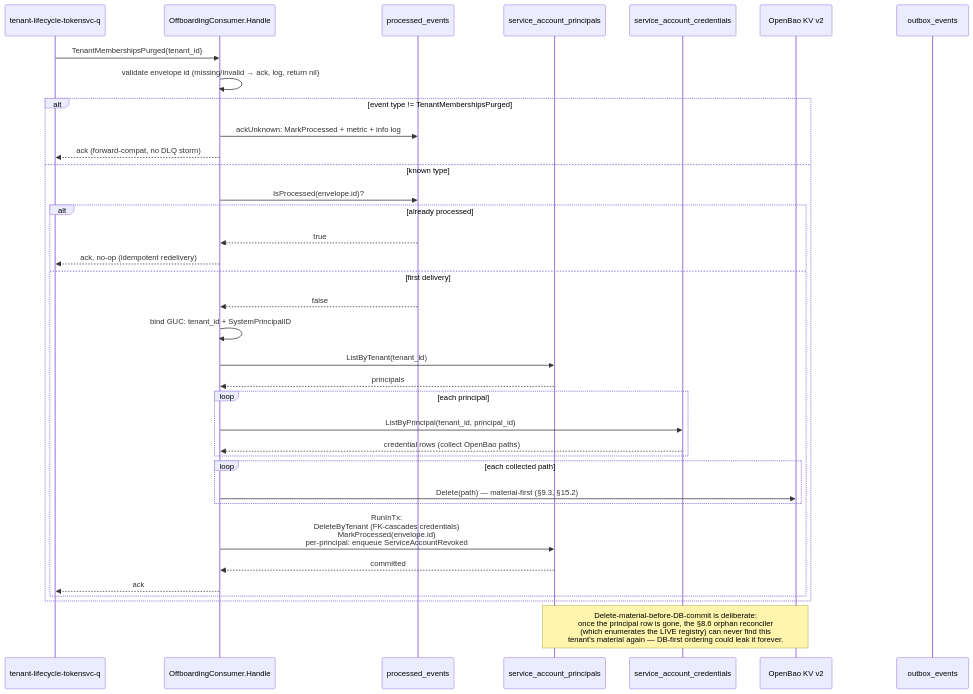
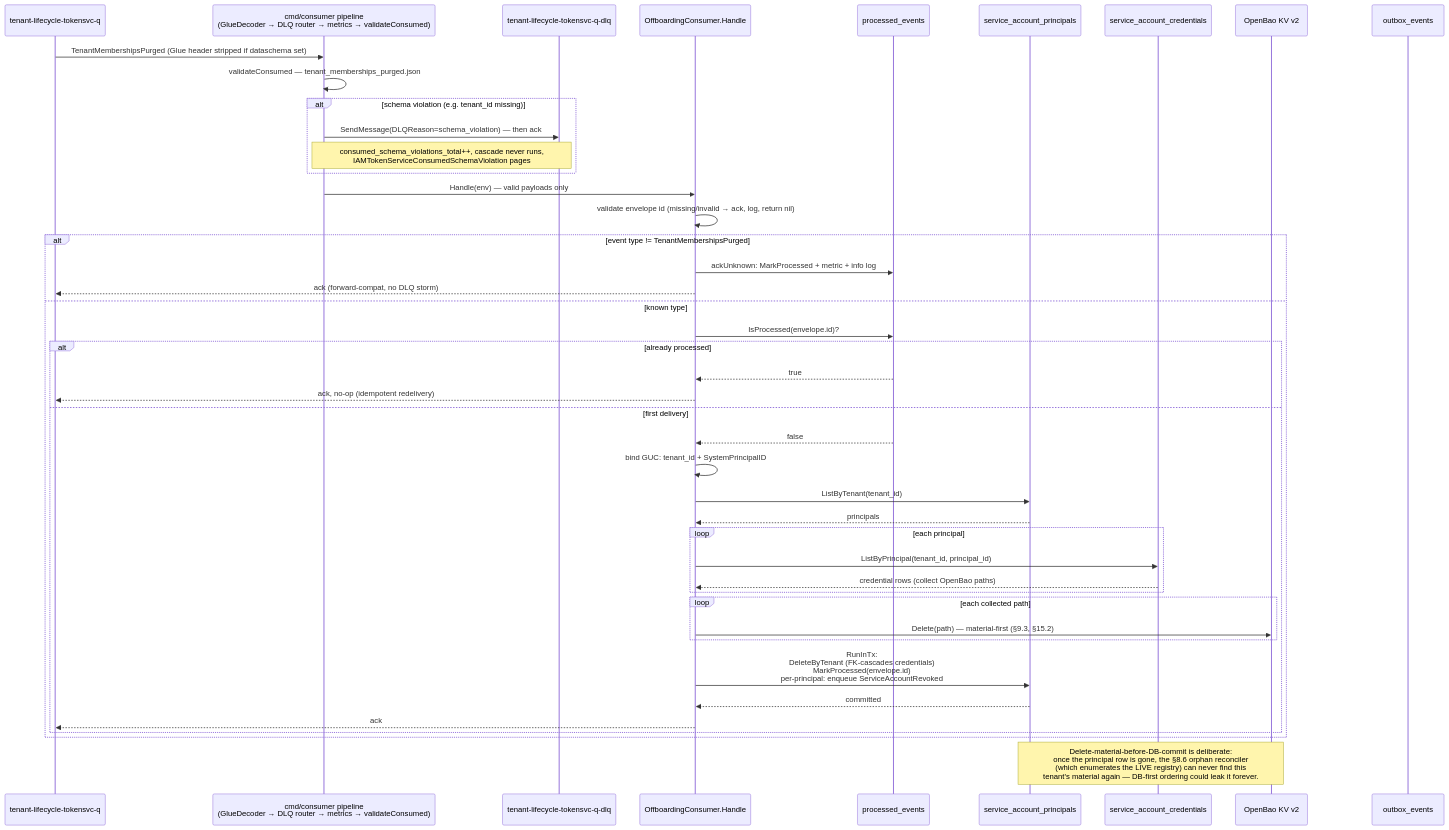
Before and after one commit to BCBP-SOLUTIONS-FZC-LLC/iam-token-service: the sixth of 13 diagrams in ARCHITECTURE.md, drawn with Mermaid. The commit also changed other lines of this file and 30 other files, not shown here.

````diff
--- a/ARCHITECTURE.md
+++ b/ARCHITECTURE.md
@@ -409,39 +409,47 @@
 ```mermaid
 sequenceDiagram
     participant SQS as tenant-lifecycle-tokensvc-q
+    participant PIPE as cmd/consumer pipeline<br/>(GlueDecoder → DLQ router → metrics → validateConsumed)
+    participant DLQ as tenant-lifecycle-tokensvc-q-dlq
     participant C as OffboardingConsumer.Handle
     participant PE as processed_events
     participant PRIN as service_account_principals
     participant CRED as service_account_credentials
     participant BAO as OpenBao KV v2
     participant PUB as outbox_events
 
-    SQS->>C: TenantMembershipsPurged{tenant_id}
+    SQS->>PIPE: TenantMembershipsPurged (Glue header stripped if dataschema set)
+    PIPE->>PIPE: validateConsumed — tenant_memberships_purged.json
+    alt schema violation (e.g. tenant_id missing)
+        PIPE->>DLQ: SendMessage(DLQReason=schema_violation) — then ack
+        Note over PIPE,DLQ: consumed_schema_violations_total++, cascade never runs,<br/>IAMTokenServiceConsumedSchemaViolation pages
+    end
+    PIPE->>C: Handle(env) — valid payloads only
     C->>C: validate envelope id (missing/invalid → ack, log, return nil)
     alt event type != TenantMembershipsPurged
         C->>PE: ackUnknown: MarkProcessed + metric + info log
         C-->>SQS: ack (forward-compat, no DLQ storm)
     else known type
         C->>PE: IsProcessed(envelope.id)?
         alt already processed
             PE-->>C: true
             C-->>SQS: ack, no-op (idempotent redelivery)
         else first delivery
             PE-->>C: false
             C->>C: bind GUC: tenant_id + SystemPrincipalID
             C->>PRIN: ListByTenant(tenant_id)
             PRIN-->>C: principals
             loop each principal
                 C->>CRED: ListByPrincipal(tenant_id, principal_id)
                 CRED-->>C: credential rows (collect OpenBao paths)
             end
             loop each collected path
                 C->>BAO: Delete(path) — material-first (§9.3, §15.2)
             end
             C->>PRIN: RunInTx:<br/>DeleteByTenant (FK-cascades credentials)<br/>MarkProcessed(envelope.id)<br/>per-principal: enqueue ServiceAccountRevoked
             PRIN-->>C: committed
             C-->>SQS: ack
         end
     end
     Note over BAO,PRIN: Delete-material-before-DB-commit is deliberate:<br/>once the principal row is gone, the §8.6 orphan reconciler<br/>(which enumerates the LIVE registry) can never find this<br/>tenant's material again — DB-first ordering could leak it forever.
 ```
````
